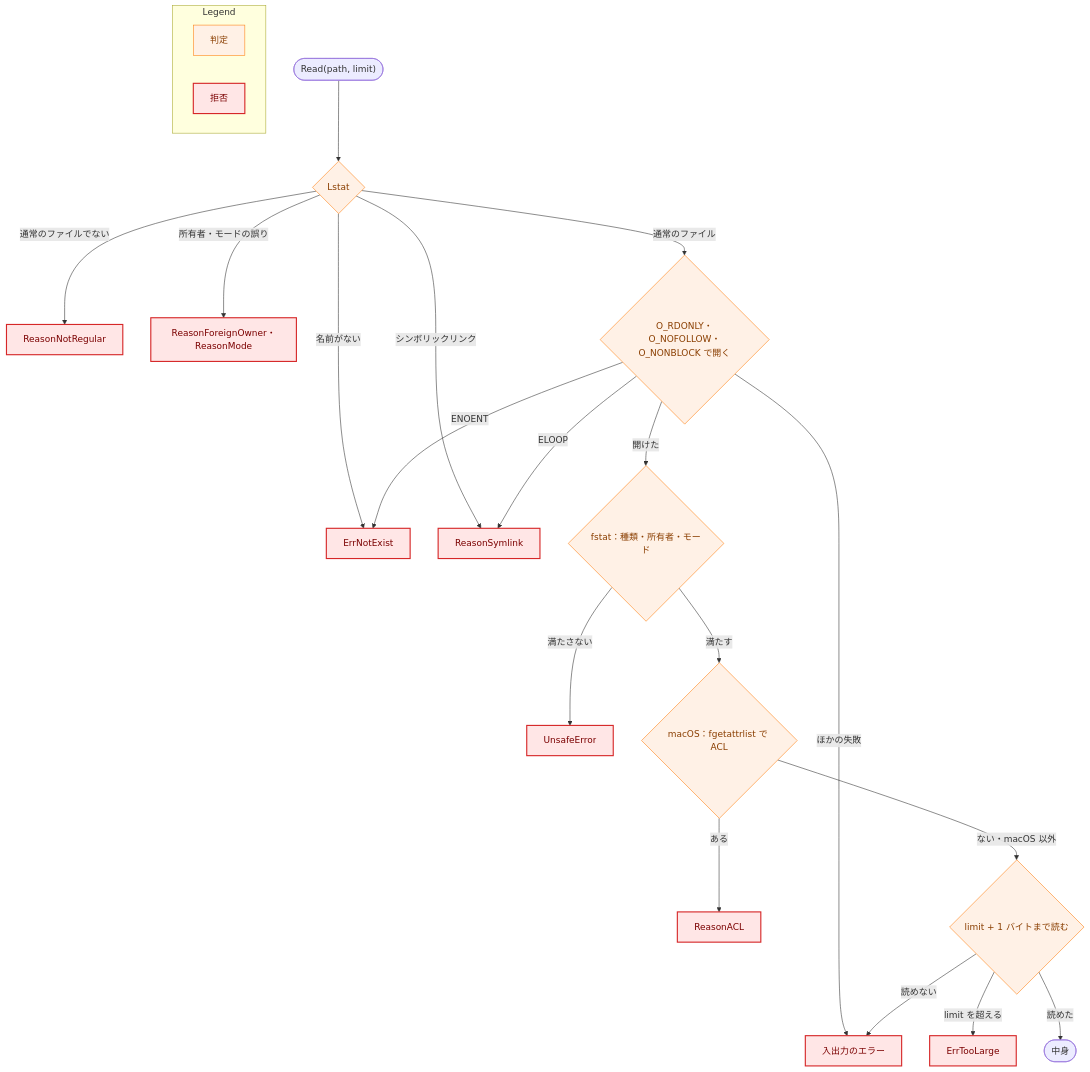
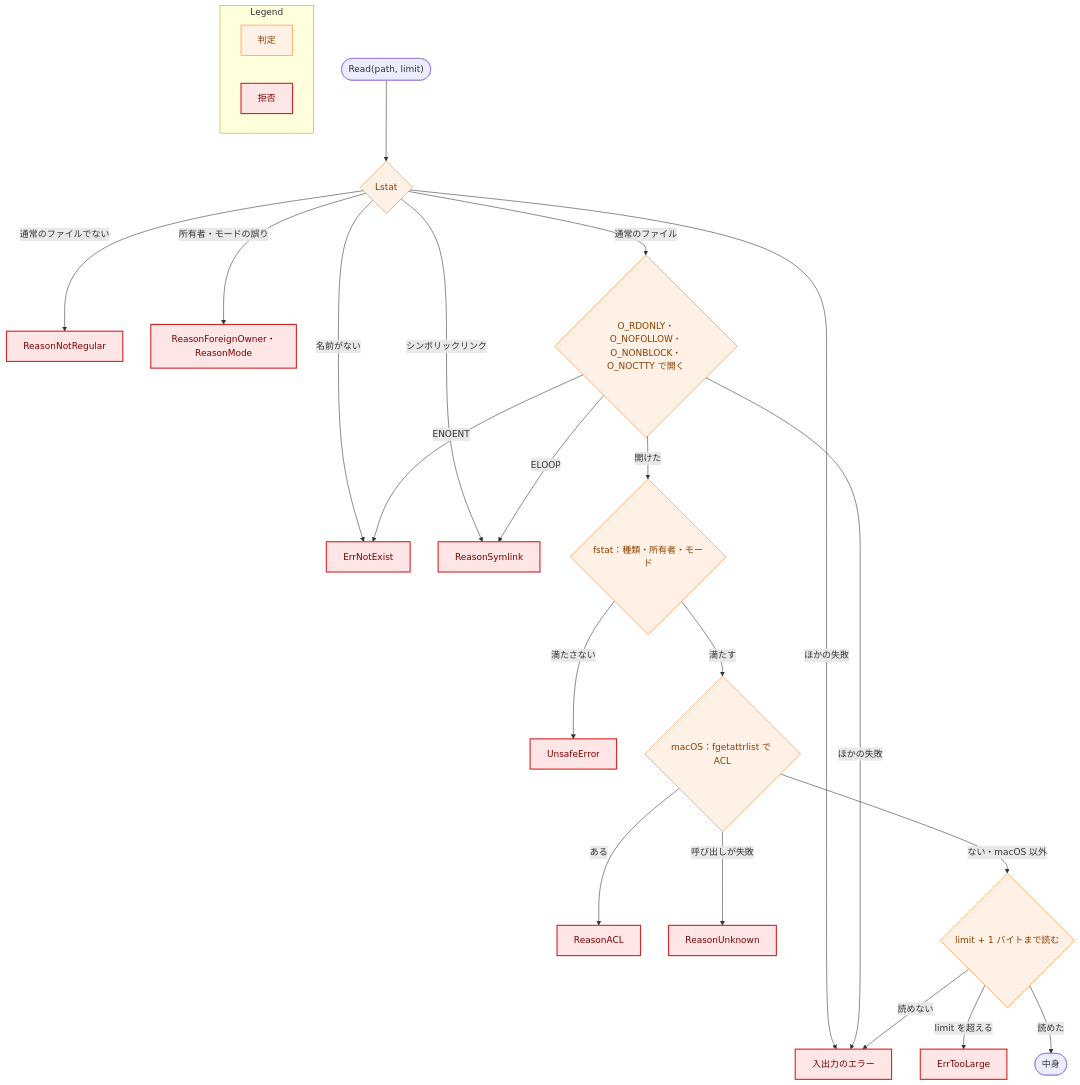
One commit to isseis/yt2column changed the sixth of 7 diagrams in docs/tasks/0066_server_config_file/02_architecture.md. Above: the diagram before and after it, drawn with Mermaid. The commit also changed other lines of this file and 1 other file, not shown here.

First line of the commit message:
docs(0066): address the architecture review and the prose pass

````diff
--- a/docs/tasks/0066_server_config_file/02_architecture.md
+++ b/docs/tasks/0066_server_config_file/02_architecture.md
@@ -635,33 +705,35 @@
 ```mermaid
 flowchart TD
     classDef process fill:#fff1e6,stroke:#ff7f0e,stroke-width:1px,color:#8a3e00;
     classDef problem fill:#ffe6e6,stroke:#d62728,stroke-width:2px,color:#7b0000;
 
     START(["Read(path, limit)"]) --> LST{"Lstat"}
     LST -->|"名前がない"| E_NE["ErrNotExist"]
+    LST -->|"ほかの失敗"| E_IO
     LST -->|"シンボリックリンク"| E_SL["ReasonSymlink"]
     LST -->|"通常のファイルでない"| E_NR["ReasonNotRegular"]
     LST -->|"所有者・モードの誤り"| E_OM["ReasonForeignOwner・ReasonMode"]
-    LST -->|"通常のファイル"| OPEN{"O_RDONLY・O_NOFOLLOW・O_NONBLOCK で開く"}
+    LST -->|"通常のファイル"| OPEN{"O_RDONLY・O_NOFOLLOW・O_NONBLOCK・O_NOCTTY で開く"}
     OPEN -->|"ELOOP"| E_SL
     OPEN -->|"ENOENT"| E_NE
     OPEN -->|"ほかの失敗"| E_IO["入出力のエラー"]
     OPEN -->|"開けた"| FST{"fstat：種類・所有者・モード"}
     FST -->|"満たさない"| E_FS["UnsafeError"]
     FST -->|"満たす"| ACL{"macOS：fgetattrlist で ACL"}
     ACL -->|"ある"| E_ACL["ReasonACL"]
+    ACL -->|"呼び出しが失敗"| E_UK["ReasonUnknown"]
     ACL -->|"ない・macOS 以外"| RD{"limit + 1 バイトまで読む"}
     RD -->|"limit を超える"| E_TL["ErrTooLarge"]
     RD -->|"読めない"| E_IO
     RD -->|"読めた"| OK(["中身"])
 
     class LST,OPEN,FST,ACL,RD process
-    class E_NE,E_SL,E_NR,E_OM,E_IO,E_FS,E_ACL,E_TL problem
+    class E_NE,E_SL,E_NR,E_OM,E_IO,E_FS,E_ACL,E_UK,E_TL problem
 
     subgraph Legend["Legend"]
         L1["判定"]
         L2["拒否"]
     end
     class L1 process
     class L2 problem
 ```
````
